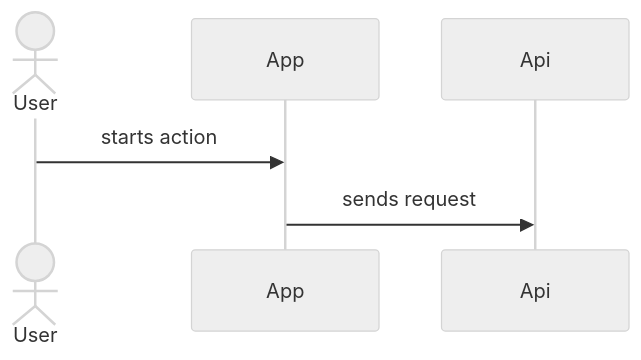
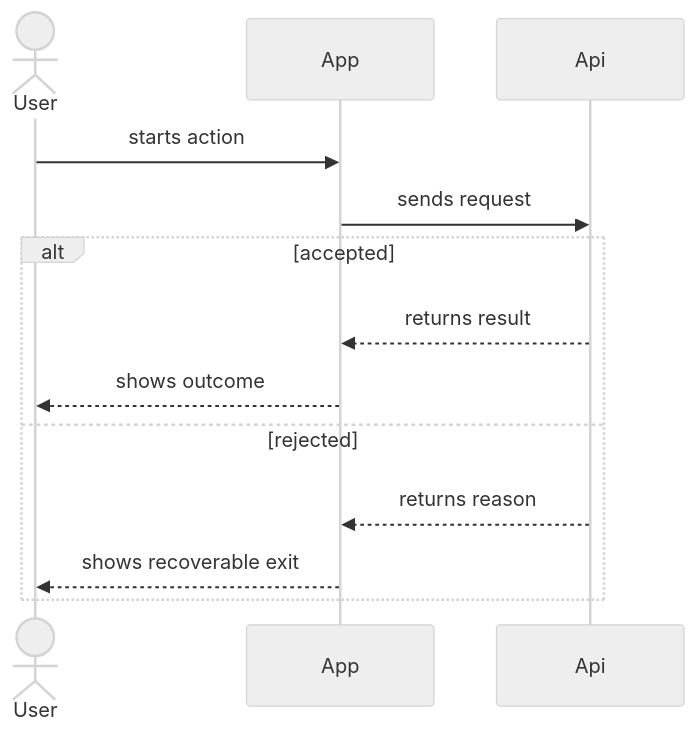
One commit to 554943871/repo-wiki changed the diagram in skills/references/writing-blocks/sequence.md. Above: the diagram before and after it, drawn with Mermaid (neutral theme). The commit also changed other lines of this file and 4 other files, not shown here.

````diff
--- a/skills/references/writing-blocks/sequence.md
+++ b/skills/references/writing-blocks/sequence.md
@@ -15,8 +17,15 @@
 ```mermaid
 sequenceDiagram
   actor User
   participant App
   participant Api
   User->>App: starts action
   App->>Api: sends request
+  alt accepted
+    Api-->>App: returns result
+    App-->>User: shows outcome
+  else rejected
+    Api-->>App: returns reason
+    App-->>User: shows recoverable exit
+  end
 ```
````
